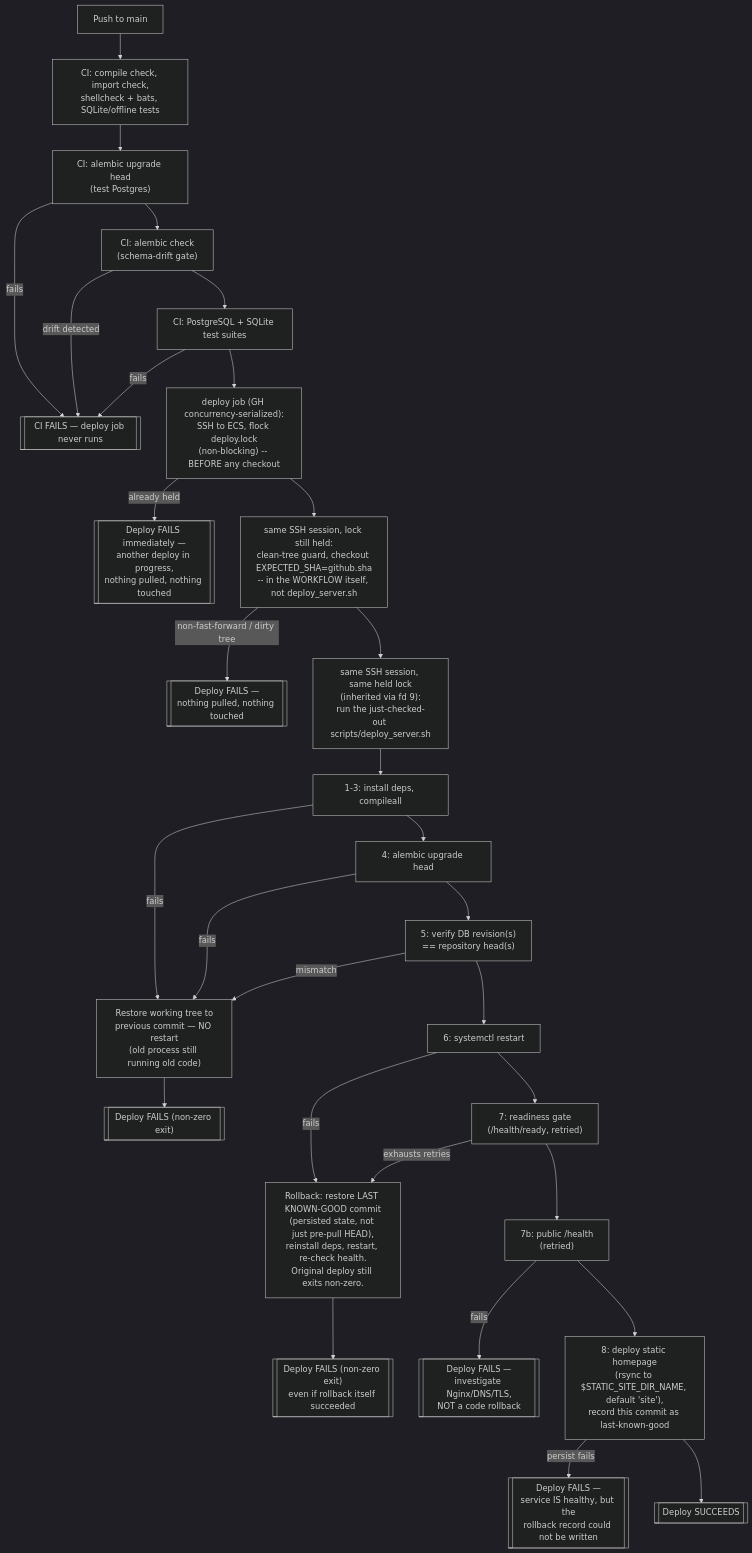
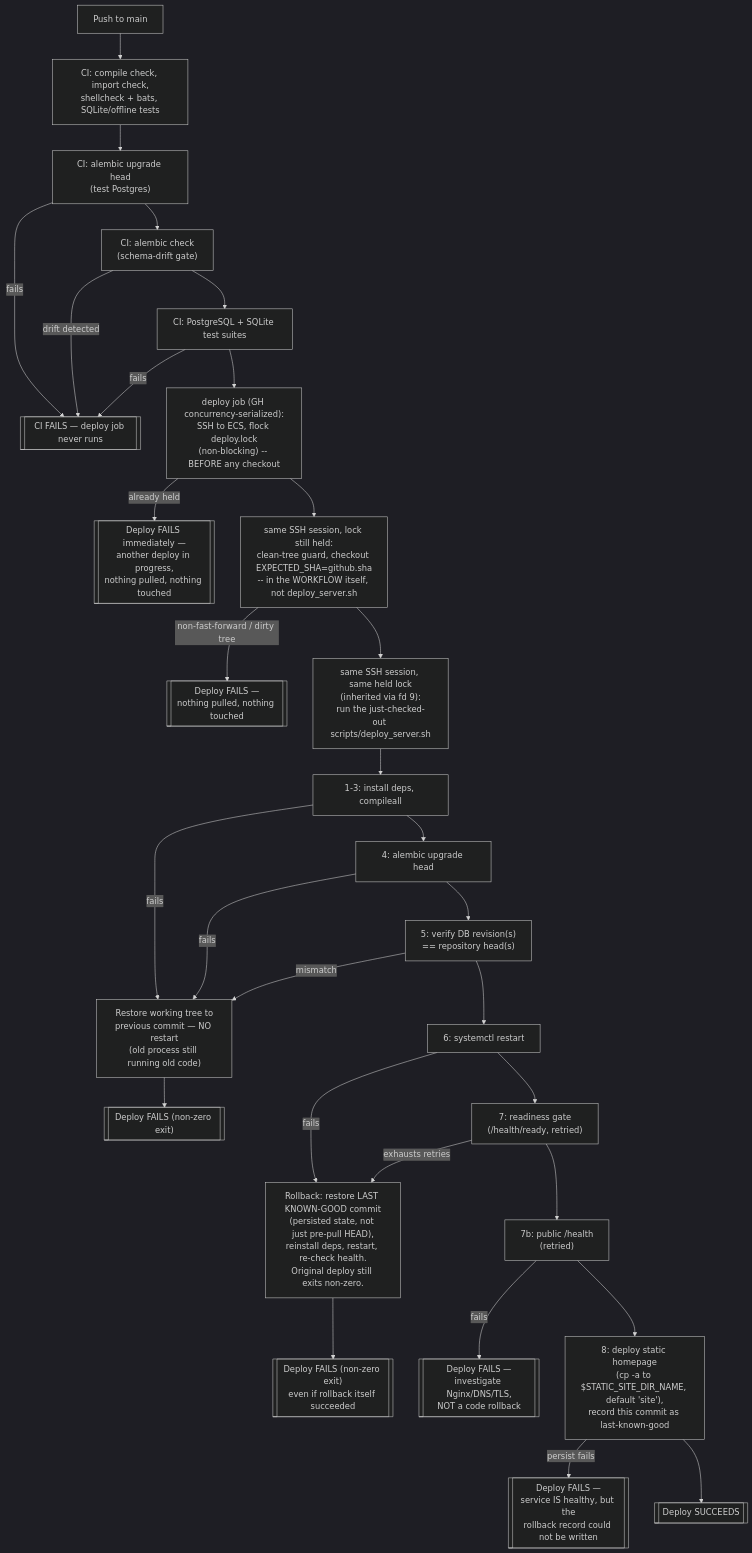
Before and after one commit to zuohaisu/wecom-archive: the diagram in docs/DEPLOYMENT.md, drawn with Mermaid (dark theme). The commit also changed 4 other files, not shown here.

````diff
--- a/docs/DEPLOYMENT.md
+++ b/docs/DEPLOYMENT.md
@@ -193,34 +193,34 @@
 ```mermaid
 flowchart TD
     A[Push to main] --> B["CI: compile check, import check,\nshellcheck + bats, SQLite/offline tests"]
     B --> C["CI: alembic upgrade head\n(test Postgres)"]
     C -->|fails| CI_FAIL[["CI FAILS — deploy job never runs"]]
     C --> D["CI: alembic check\n(schema-drift gate)"]
     D -->|drift detected| CI_FAIL
     D --> E["CI: PostgreSQL + SQLite test suites"]
     E -->|fails| CI_FAIL
     E --> F_LOCK["deploy job (GH concurrency-serialized):\nSSH to ECS, flock deploy.lock\n(non-blocking) -- BEFORE any checkout"]
     F_LOCK -->|already held| FAILLOCK[["Deploy FAILS immediately —\nanother deploy in progress,\nnothing pulled, nothing touched"]]
     F_LOCK --> F0["same SSH session, lock still held:\nclean-tree guard, checkout EXPECTED_SHA=github.sha\n-- in the WORKFLOW itself, not deploy_server.sh"]
     F0 -->|non-fast-forward / dirty tree| FAIL0[["Deploy FAILS —\nnothing pulled, nothing touched"]]
     F0 --> F["same SSH session, same held lock\n(inherited via fd 9):\nrun the just-checked-out scripts/deploy_server.sh"]
 
     F --> G["1-3: install deps, compileall"]
     G -->|fails| ROLLBACK_CODE["Restore working tree to\nprevious commit — NO restart\n(old process still running old code)"]
     G --> H["4: alembic upgrade head"]
     H -->|fails| ROLLBACK_CODE
     H --> I["5: verify DB revision(s)\n== repository head(s)"]
     I -->|mismatch| ROLLBACK_CODE
     I --> J["6: systemctl restart"]
     J -->|fails| ROLLBACK_FULL
     J --> K["7: readiness gate\n(/health/ready, retried)"]
     K -->|exhausts retries| ROLLBACK_FULL["Rollback: restore LAST KNOWN-GOOD commit\n(persisted state, not just pre-pull HEAD),\nreinstall deps, restart, re-check health.\nOriginal deploy still exits non-zero."]
     K --> L["7b: public /health\n(retried)"]
     L -->|fails| PROXY_FAIL[["Deploy FAILS —\ninvestigate Nginx/DNS/TLS,\nNOT a code rollback"]]
-    L --> M["8: deploy static homepage\n(rsync to $STATIC_SITE_DIR_NAME, default 'site'),\nrecord this commit as last-known-good"]
+    L --> M["8: deploy static homepage\n(cp -a to $STATIC_SITE_DIR_NAME, default 'site'),\nrecord this commit as last-known-good"]
     M -->|persist fails| FAILPERSIST[["Deploy FAILS —\nservice IS healthy, but the\nrollback record could not be written"]]
     M --> N[["Deploy SUCCEEDS"]]
 
     ROLLBACK_CODE --> FAIL1[["Deploy FAILS (non-zero exit)"]]
     ROLLBACK_FULL --> FAIL2[["Deploy FAILS (non-zero exit)\neven if rollback itself succeeded"]]
 ```
````
